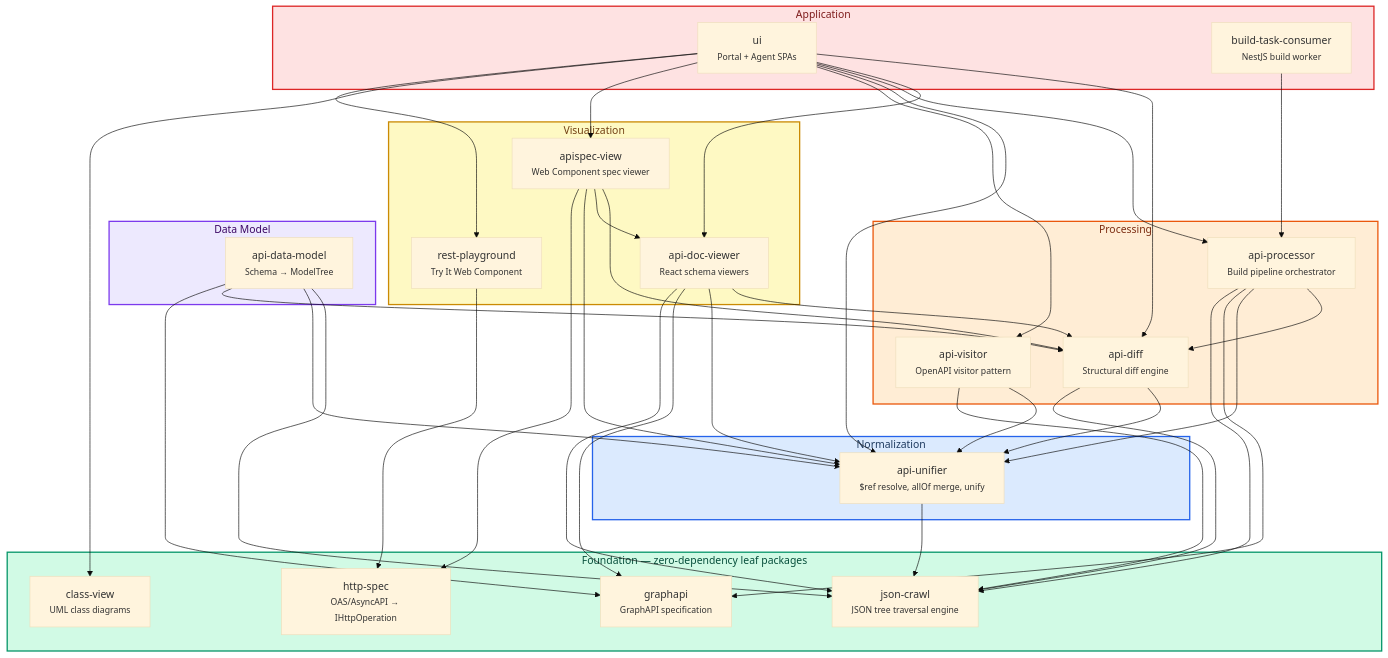
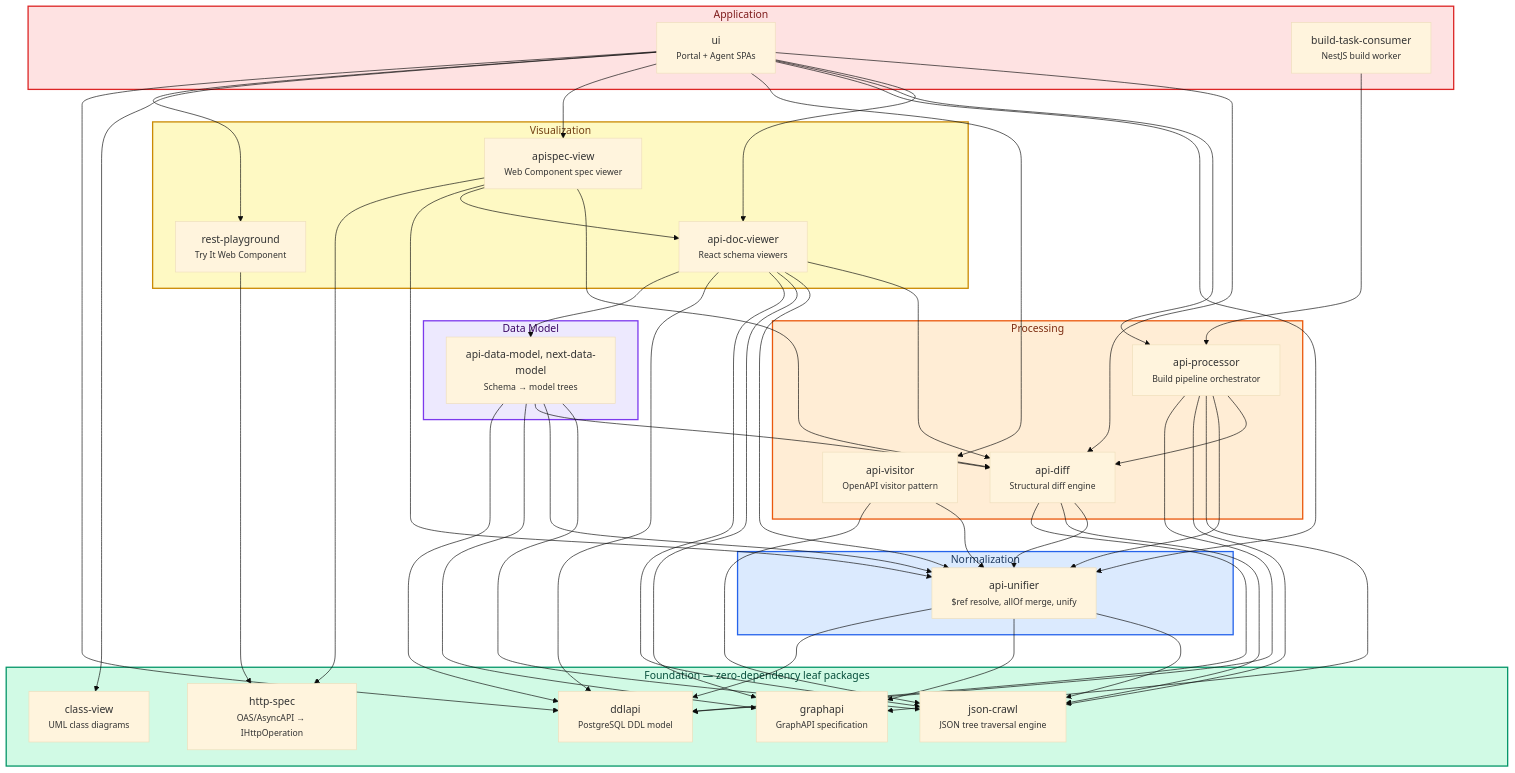
Before and after one commit to Netcracker/qubership-apihub: the second of 6 diagrams in docs/architecture/processing-libraries.md, drawn with Mermaid (base theme). The commit also changed other lines of this file, not shown here.

First line of the commit message:
docs(architecture): map processing libraries to monorepo modules

```diff
--- a/docs/architecture/processing-libraries.md
+++ b/docs/architecture/processing-libraries.md
@@ -127,6 +138,7 @@
     graphapi["graphapi<br/><small>GraphAPI specification</small>"]
     httpspec["http-spec<br/><small>OAS/AsyncAPI → IHttpOperation</small>"]
     classview["class-view<br/><small>UML class diagrams</small>"]
+    ddlapi["ddlapi<br/><small>PostgreSQL DDL model</small>"]
   end
 
   subgraph L2["Normalization"]
@@ -140,7 +152,7 @@
   end
 
   subgraph L4["Data Model"]
-    datamod["api-data-model<br/><small>Schema → ModelTree</small>"]
+    datamod["api-data-model, next-data-model<br/><small>Schema → model trees</small>"]
   end
 
   subgraph L5["Visualization"]
@@ -156,28 +168,35 @@
 
   %% Normalization deps
   unifier --> crawl
+  unifier --> graphapi
+  unifier --> ddlapi
 
   %% Processing deps
   diff --> unifier
   diff --> crawl
+  diff --> ddlapi
   visitor --> unifier
   visitor --> crawl
   processor --> diff
   processor --> unifier
   processor --> graphapi
   processor --> crawl
+  processor --> ddlapi
 
   %% Data Model deps
   datamod --> crawl
   datamod --> unifier
   datamod --> diff
   datamod --> graphapi
+  datamod --> ddlapi
 
   %% Visualization deps
   docviewer --> diff
   docviewer --> unifier
   docviewer --> graphapi
   docviewer --> crawl
+  docviewer --> ddlapi
+  docviewer --> datamod
   apispecview --> diff
   apispecview --> docviewer
   apispecview --> unifier
@@ -193,6 +212,7 @@
   ui --> apispecview
   ui --> classview
   ui --> playground
+  ui --> ddlapi
   consumer --> processor
 
   style L1 fill:#d1fae5,stroke:#059669,stroke-width:2px,color:#064e3b
```
